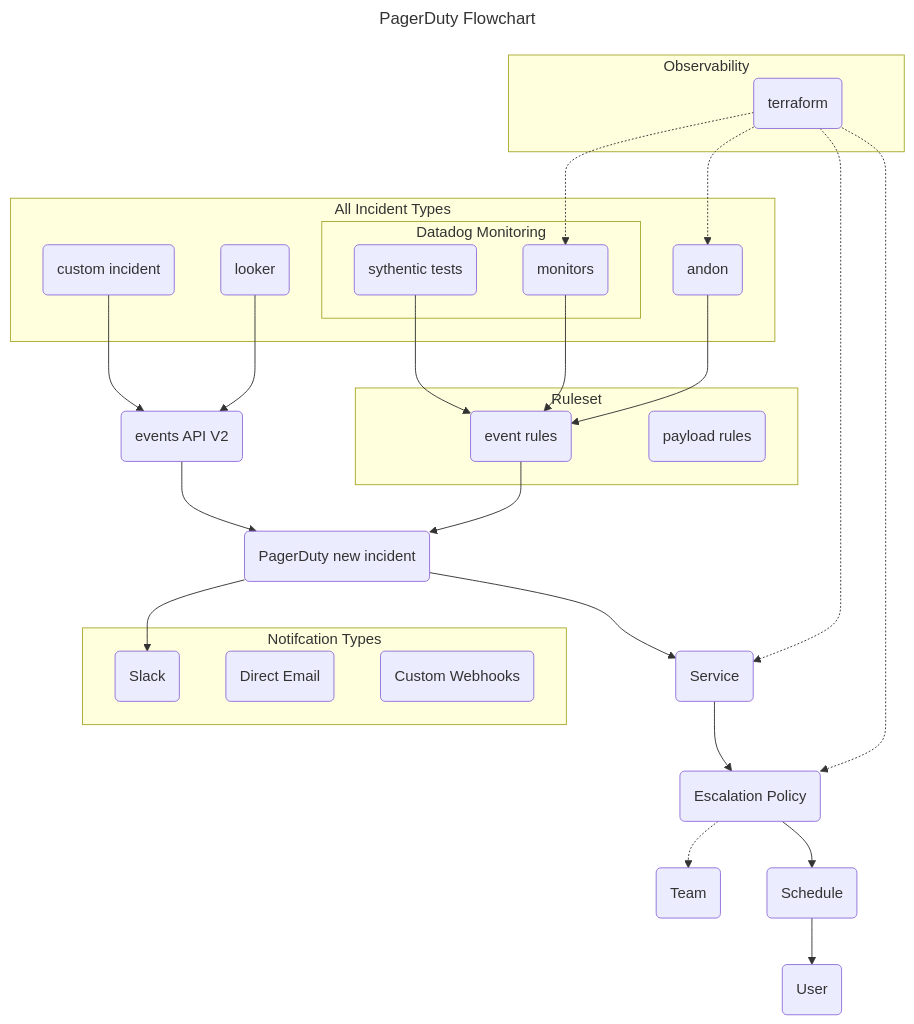
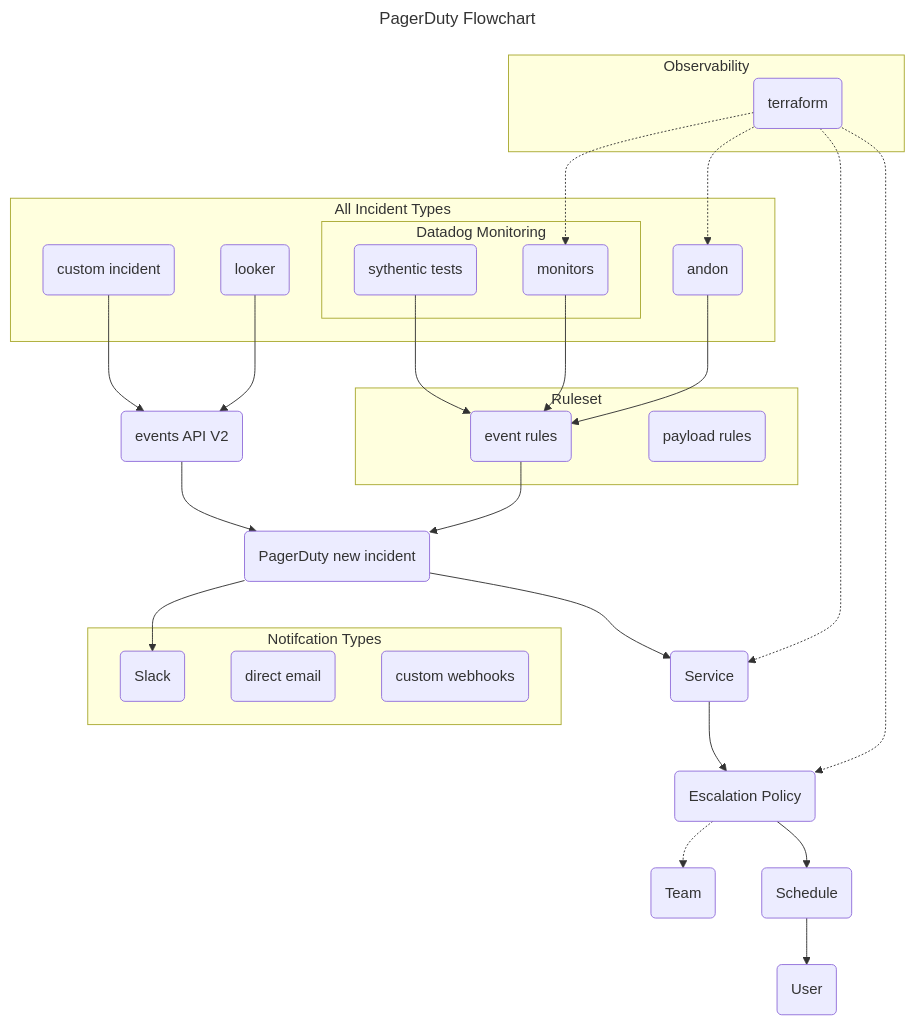
Before and after one commit to jessicahirsch/Mermaid-Diagrams: the diagram in diagrams/diagram2.mmd, drawn with Mermaid.

Commit message:
fix: notification types lowercase

```diff
--- a/diagrams/diagram2.mmd
+++ b/diagrams/diagram2.mmd
@@ -1,48 +1,48 @@
 ---
 title: PagerDuty Flowchart
 ---
 flowchart TD
 
 subgraph Observability
     A(terraform)
 end
 
 subgraph All Incident Types
     subgraph Datadog Monitoring
         B(sythentic tests)
         A(terraform)-.->C(monitors)
     end
     D(andon)
     A(terraform)-.->D(andon)
     E(custom incident)
     F(looker)
 end
 
 E(custom incident)-->G(events API V2)
 F(looker)-->G(events API 2)
 
 G(events API V2)-->H(PagerDuty new incident)-->M(Slack)
 J(event rules)-->H(PagerDuty new incident)
 H(PagerDuty new incident)-->N(Service)
 N(Service)-->O(Escalation Policy)
 O(Escalation Policy)-.->P(Team)
 O(Escalation Policy)-->Q(Schedule)
 Q(Schedule)-->R(User)
 A(terraform)-.->N(Service)
 A(terraform)-.->O(Escalation Policy)
 
 subgraph Ruleset
     I(payload rules)
     B(sythentic tests)-->J(event rules)
     C(monitors)-->J(event rules)
     D(andon)-->J(event rules)
 end
 
 subgraph Notifcation Types
-    K(Direct Email)
-    L(Custom Webhooks)
+    K(direct email)
+    L(custom webhooks)
     M(Slack)
 end
 
 %% style A fill:#f9f,stroke:#333,stroke-width:4px
 %% style Observability font-weight:bold
```
